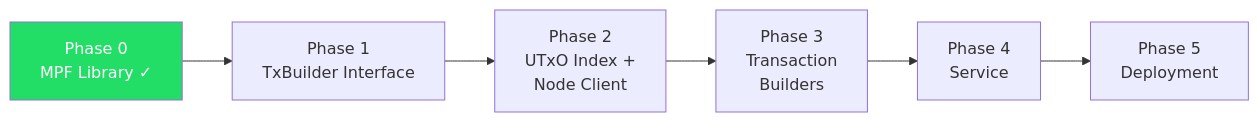
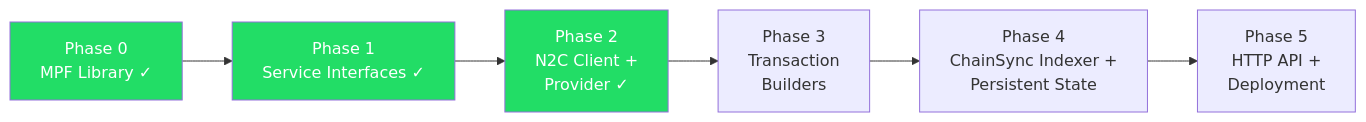
The fifth of 5 diagrams in docs/architecture/overview.md (paolino/haskell-mpf), drawn with Mermaid before and after one commit. The commit also changed other lines of this file and 6 other files, not shown here.

Commit message:
docs: update architecture docs to match current code state

````diff
--- a/docs/architecture/overview.md
+++ b/docs/architecture/overview.md
@@ -123,13 +113,15 @@
 ```mermaid
 graph LR
     P0["Phase 0<br/>MPF Library ✓"]
-    P1["Phase 1<br/>TxBuilder Interface"]
-    P2["Phase 2<br/>UTxO Index +<br/>Node Client"]
+    P1["Phase 1<br/>Service Interfaces ✓"]
+    P2["Phase 2<br/>N2C Client +<br/>Provider ✓"]
     P3["Phase 3<br/>Transaction<br/>Builders"]
-    P4["Phase 4<br/>Service"]
-    P5["Phase 5<br/>Deployment"]
+    P4["Phase 4<br/>ChainSync Indexer +<br/>Persistent State"]
+    P5["Phase 5<br/>HTTP API +<br/>Deployment"]
 
     P0 --> P1 --> P2 --> P3 --> P4 --> P5
 
     style P0 fill:#2d6,color:#fff
+    style P1 fill:#2d6,color:#fff
+    style P2 fill:#2d6,color:#fff
 ```
````
